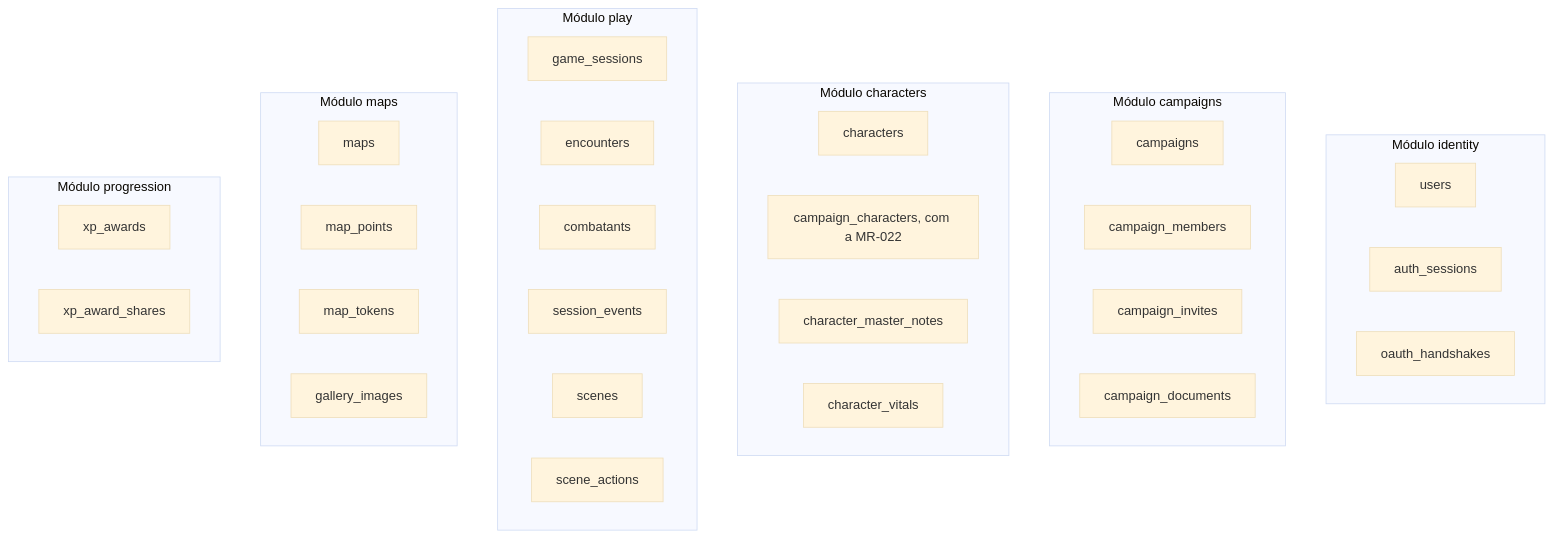
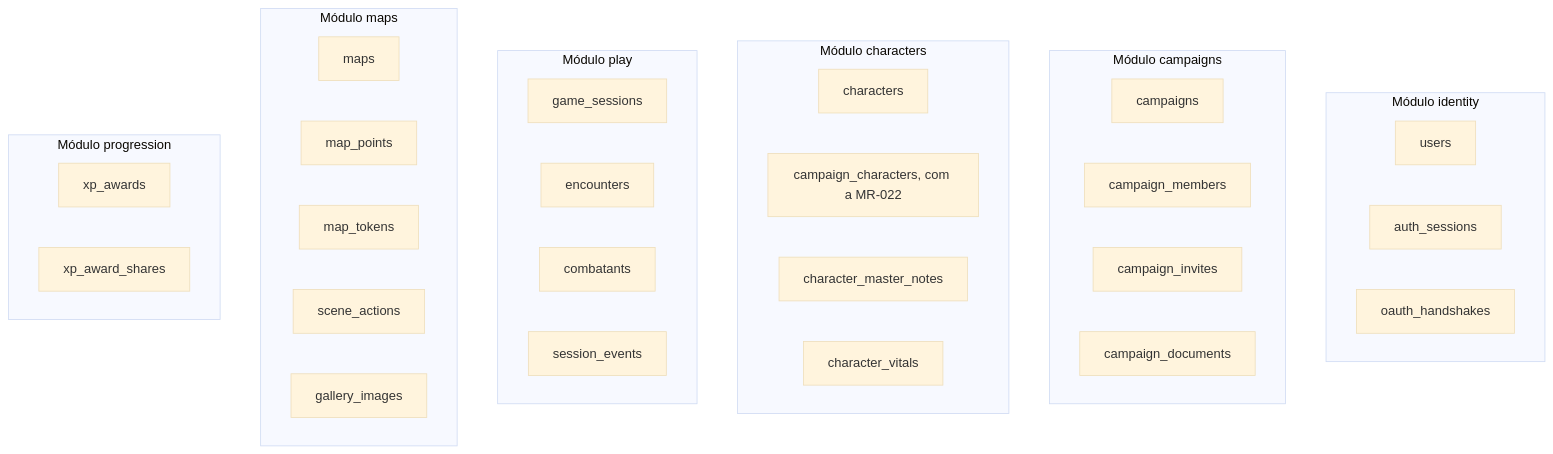
Before and after one commit to PuraFome/meuRPG: the second of 3 diagrams in docs/dados.md, drawn with Mermaid (base theme). The commit also changed other lines of this file and 41 other files, not shown here.

````diff
--- a/docs/dados.md
+++ b/docs/dados.md
@@ -259,43 +252,42 @@
 ```mermaid
 flowchart TD
     subgraph identity["Módulo identity"]
         t_users["users"]
         t_auth_sessions["auth_sessions"]
         t_oauth_handshakes["oauth_handshakes"]
     end
 
     subgraph campaigns_mod["Módulo campaigns"]
         t_campaigns["campaigns"]
         t_campaign_members["campaign_members"]
         t_campaign_invites["campaign_invites"]
         t_campaign_documents["campaign_documents"]
     end
 
     subgraph characters_mod["Módulo characters"]
         t_characters["characters"]
         t_campaign_characters["campaign_characters, com a MR-022"]
         t_character_master_notes["character_master_notes"]
         t_character_vitals["character_vitals"]
     end
 
     subgraph play["Módulo play"]
         t_game_sessions["game_sessions"]
         t_encounters["encounters"]
         t_combatants["combatants"]
         t_session_events["session_events"]
-        t_scenes["scenes"]
-        t_scene_actions["scene_actions"]
     end
 
     subgraph maps_mod["Módulo maps"]
         t_maps["maps"]
         t_map_points["map_points"]
         t_map_tokens["map_tokens"]
+        t_scene_actions["scene_actions"]
         t_gallery_images["gallery_images"]
     end
 
     subgraph progression["Módulo progression"]
         t_xp_awards["xp_awards"]
         t_xp_award_shares["xp_award_shares"]
     end
 ```
````
